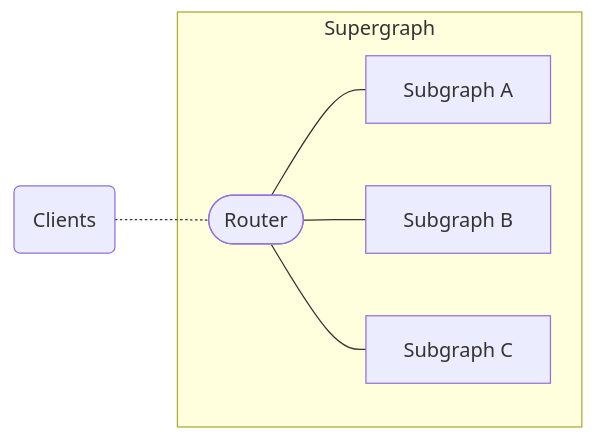
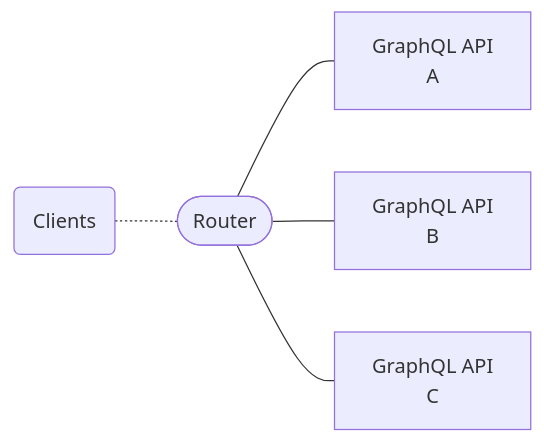
The first of 4 diagrams in docs/source/index.mdx (apollographql/federation), drawn with Mermaid before and after one commit. The commit also changed other lines of this file, not shown here.

````diff
--- a/docs/source/index.mdx
+++ b/docs/source/index.mdx
@@ -27,13 +13,11 @@
 ```mermaid
 graph LR;
   clients(Clients);
-  subgraph "Supergraph";
   router([Router]);
-  serviceA[Subgraph A];
-  serviceB[Subgraph B];
-  serviceC[Subgraph C];
+  serviceA[GraphQL API <br/>A];
+  serviceB[GraphQL API <br/>B];
+  serviceC[GraphQL API <br/>C];
   router --- serviceA & serviceB & serviceC;
-  end;
   clients -.- router;
   class clients secondary;
 ```
````
